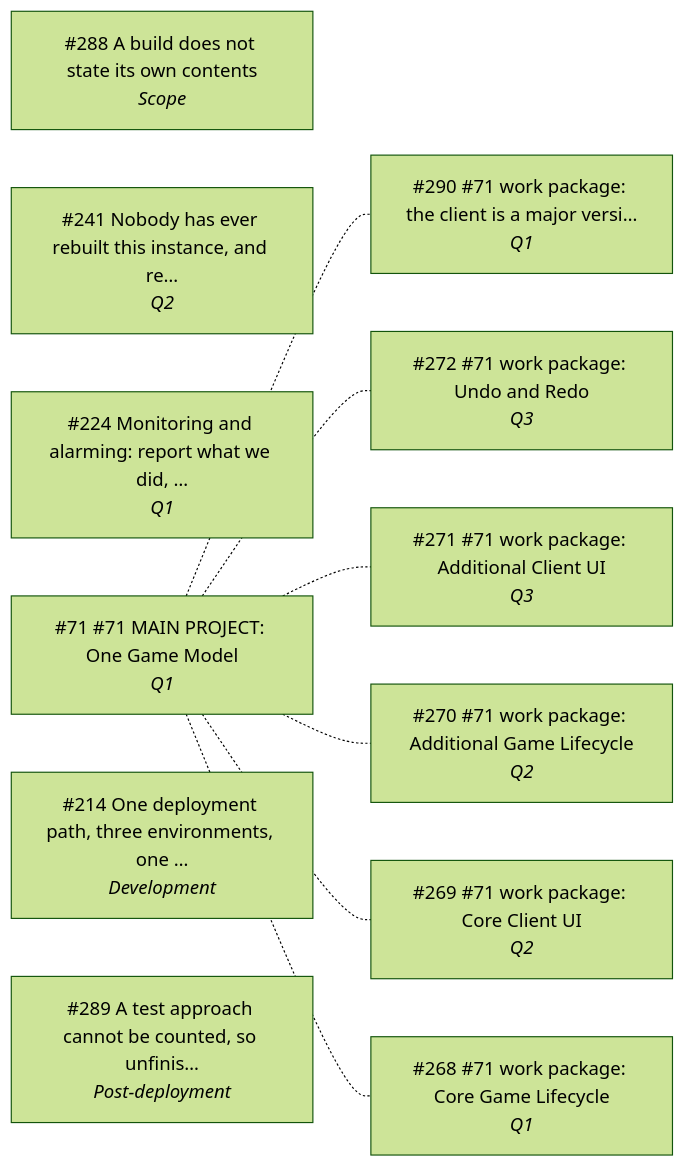
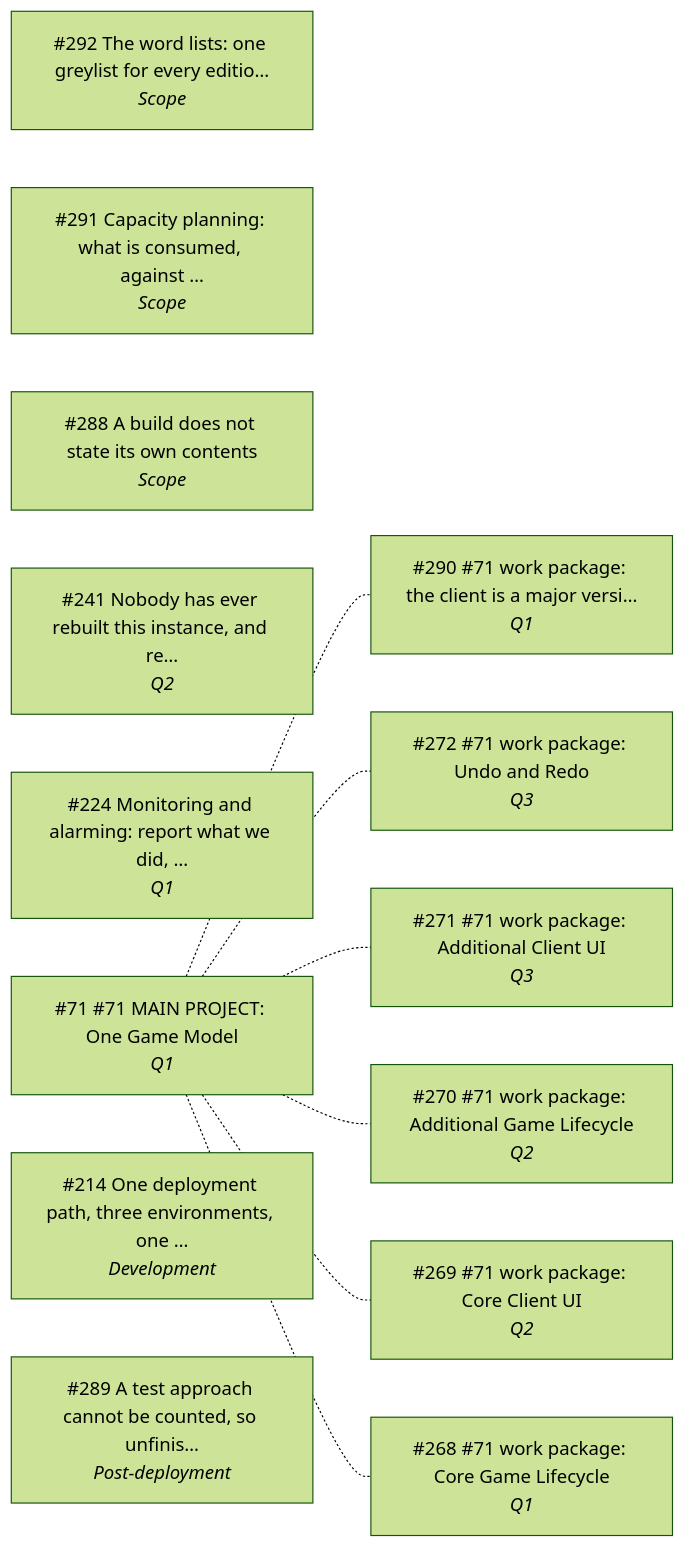
The diagram in docs/1.5-work-in-progress.md (SteveStyle/scrabble-px), drawn with Mermaid (forest theme) before and after one commit.

Commit message:
app 0.7.1 api 2.13: regenerate 1.5 after raising #291 and #292

````diff
--- a/docs/1.5-work-in-progress.md
+++ b/docs/1.5-work-in-progress.md
@@ -21,21 +21,23 @@
 ```mermaid
 flowchart LR
+  n292["#292 The word lists: one greylist for every editio…<br/><i>Scope</i>"]
+  n291["#291 Capacity planning: what is consumed, against …<br/><i>Scope</i>"]
   n288["#288 A build does not state its own contents<br/><i>Scope</i>"]
   n272["#272 #71 work package: Undo and Redo<br/><i>Q3</i>"]
   n271["#271 #71 work package: Additional Client UI<br/><i>Q3</i>"]
   n270["#270 #71 work package: Additional Game Lifecycle<br/><i>Q2</i>"]
   n269["#269 #71 work package: Core Client UI<br/><i>Q2</i>"]
   n241["#241 Nobody has ever rebuilt this instance, and re…<br/><i>Q2</i>"]
   n290["#290 #71 work package: the client is a major versi…<br/><i>Q1</i>"]
   n268["#268 #71 work package: Core Game Lifecycle<br/><i>Q1</i>"]
   n224["#224 Monitoring and alarming: report what we did, …<br/><i>Q1</i>"]
   n71["#71 #71 MAIN PROJECT: One Game Model<br/><i>Q1</i>"]
   n214["#214 One deployment path, three environments, one …<br/><i>Development</i>"]
   n289["#289 A test approach cannot be counted, so unfinis…<br/><i>Post-deployment</i>"]
   n71 -.- n290
   n71 -.- n272
   n71 -.- n271
   n71 -.- n270
   n71 -.- n269
   n71 -.- n268
 ```
````
